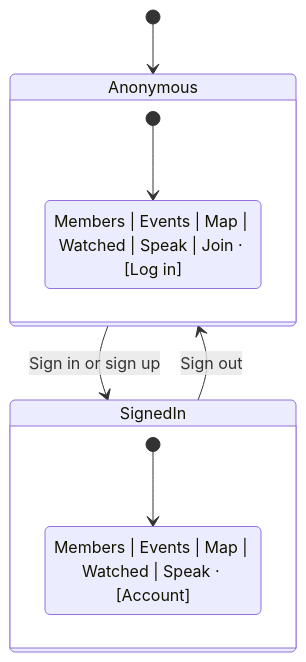
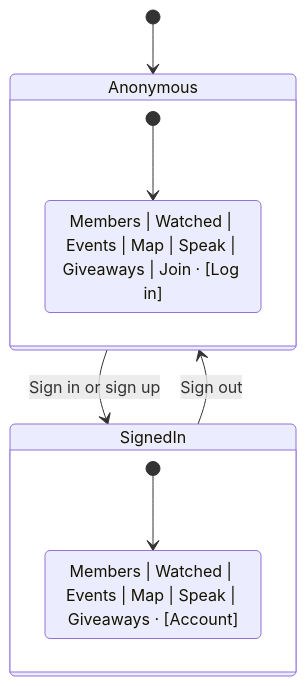
Before and after one commit to michaellambgelo/jxnfilmclub: the diagram in docs/features/navigation.md, drawn with Mermaid. The commit also changed other lines of this file and 3166 other files, not shown here.

First line of the commit message:
Map static tiles, nav reorder, Giveaways tab (#37)

````diff
--- a/docs/features/navigation.md
+++ b/docs/features/navigation.md
@@ -7,16 +7,16 @@
 ```mermaid
 stateDiagram-v2
     [*] --> Anonymous
     Anonymous --> SignedIn: Sign in or sign up
     SignedIn --> Anonymous: Sign out
 
     state Anonymous {
         [*] --> AnonymousNav
-        AnonymousNav: Members | Events | Map | Watched | Speak | Join · [Log in]
+        AnonymousNav: Members | Watched | Events | Map | Speak | Giveaways | Join · [Log in]
     }
 
     state SignedIn {
         [*] --> SignedInNav
-        SignedInNav: Members | Events | Map | Watched | Speak · [Account]
+        SignedInNav: Members | Watched | Events | Map | Speak | Giveaways · [Account]
     }
 ```
````
